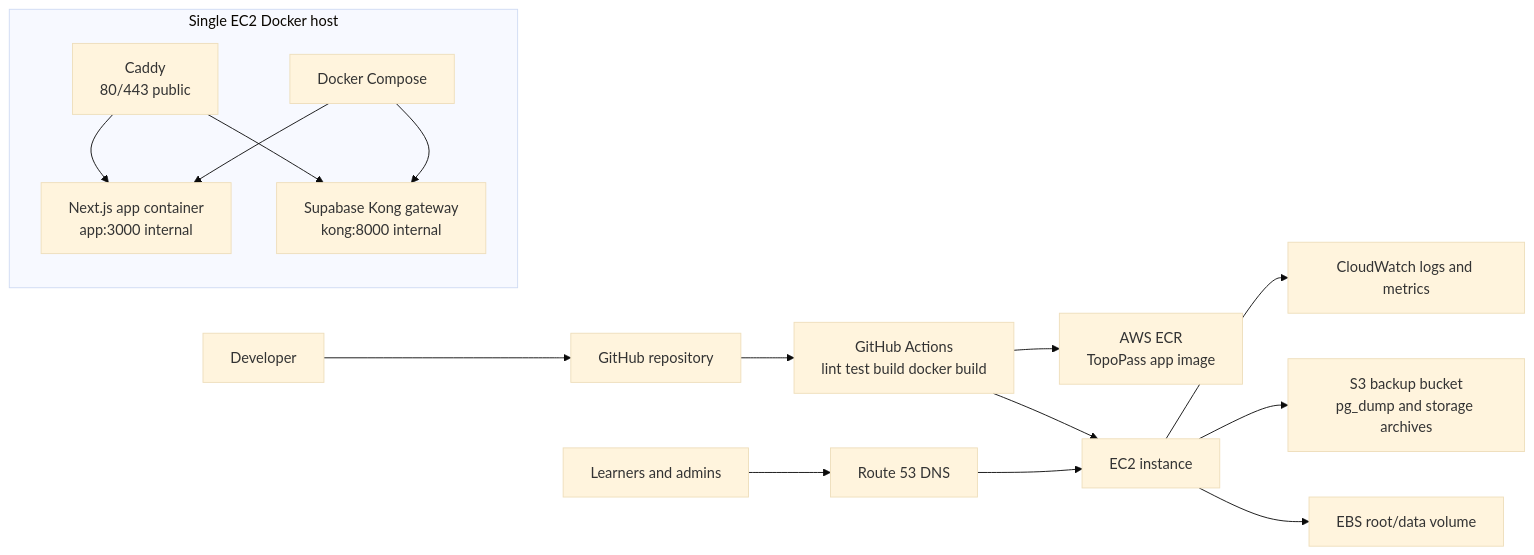
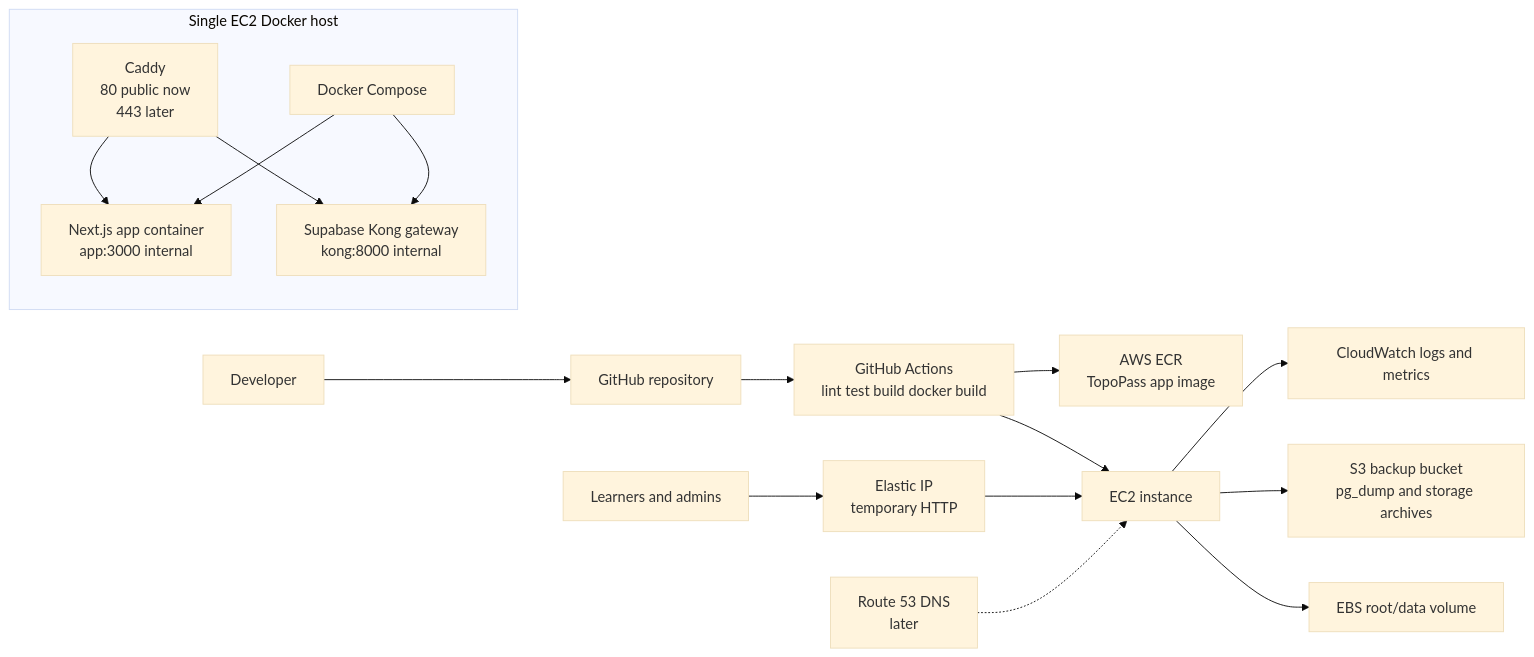
One commit to mapperguy2013/topopass changed the diagram in docs/aws-ec2-devops-deployment.md. Above: the diagram before and after it, drawn with Mermaid (base theme). The commit also changed other lines of this file and 5 other files, not shown here.

Commit message:
Complete Step 48A public IP HTTP deployment setup

````diff
--- a/docs/aws-ec2-devops-deployment.md
+++ b/docs/aws-ec2-devops-deployment.md
@@ -25,25 +25,26 @@
 ```mermaid
 flowchart LR
   dev[Developer] --> github[GitHub repository]
   github --> actions[GitHub Actions<br/>lint test build docker build]
   actions --> ecr[AWS ECR<br/>TopoPass app image]
 
-  users[Learners and admins] --> route53[Route 53 DNS]
-  route53 --> ec2[EC2 instance]
+  users[Learners and admins] --> eip[Elastic IP<br/>temporary HTTP]
+  eip --> ec2[EC2 instance]
+  route53[Route 53 DNS<br/>later] -.-> ec2
 
   subgraph host[Single EC2 Docker host]
-    proxy[Caddy<br/>80/443 public]
+    proxy[Caddy<br/>80 public now<br/>443 later]
     compose[Docker Compose]
     app[Next.js app container<br/>app:3000 internal]
     kong[Supabase Kong gateway<br/>kong:8000 internal]
     proxy --> app
     proxy --> kong
     compose --> app
     compose --> kong
   end
 
   ec2 --> cloudwatch[CloudWatch logs and metrics]
   ec2 --> s3[S3 backup bucket<br/>pg_dump and storage archives]
   ec2 --> ebs[EBS root/data volume]
   actions --> ec2
 ```
````
